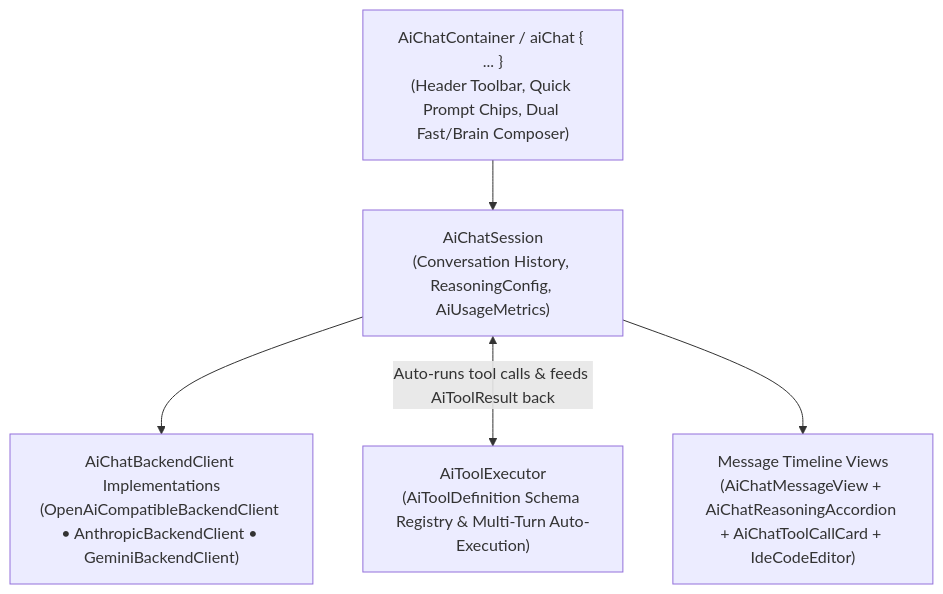
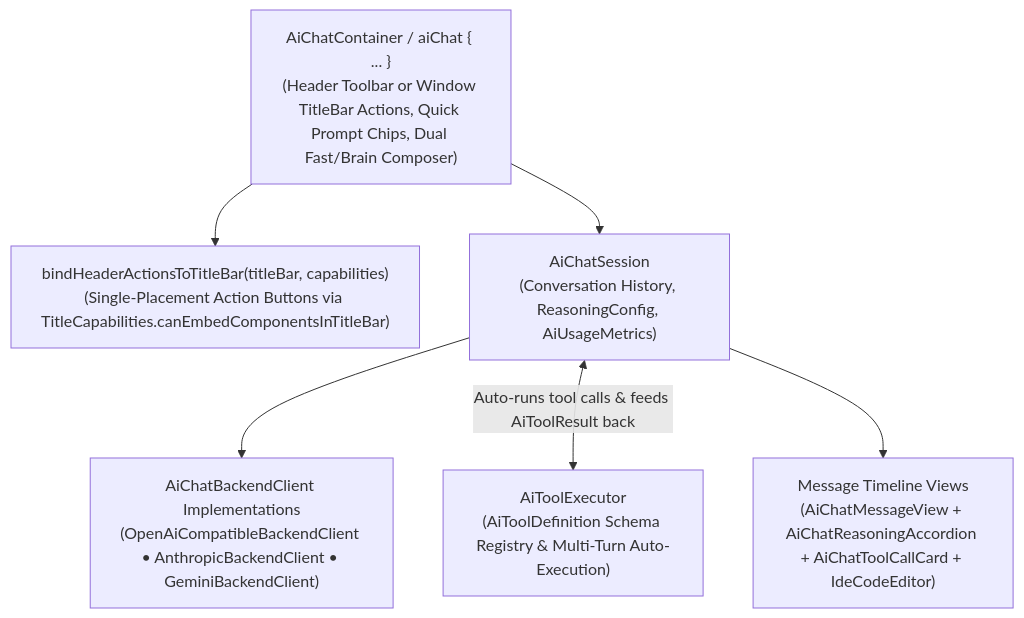
Before and after one commit to GenericUI/Extensions: the diagram in docs/aichat.md, drawn with Mermaid. The commit also changed other lines of this file and 316 other files, not shown here.

````diff
--- a/docs/aichat.md
+++ b/docs/aichat.md
@@ -11,13 +11,15 @@
 ```mermaid
 flowchart TD
-    Container["AiChatContainer / aiChat { ... }<br/>(Header Toolbar, Quick Prompt Chips, Dual Fast/Brain Composer)"]
+    Container["AiChatContainer / aiChat { ... }<br/>(Header Toolbar or Window TitleBar Actions, Quick Prompt Chips, Dual Fast/Brain Composer)"]
+    TitleBarBind["bindHeaderActionsToTitleBar(titleBar, capabilities)<br/>(Single-Placement Action Buttons via TitleCapabilities.canEmbedComponentsInTitleBar)"]
     Session["AiChatSession<br/>(Conversation History, ReasoningConfig, AiUsageMetrics)"]
     Clients["AiChatBackendClient Implementations<br/>(OpenAiCompatibleBackendClient • AnthropicBackendClient • GeminiBackendClient)"]
     ToolExec["AiToolExecutor<br/>(AiToolDefinition Schema Registry & Multi-Turn Auto-Execution)"]
     Views["Message Timeline Views<br/>(AiChatMessageView + AiChatReasoningAccordion + AiChatToolCallCard + IdeCodeEditor)"]
 
+    Container --> TitleBarBind
     Container --> Session
     Session --> Clients
     Session <-->|Auto-runs tool calls & feeds AiToolResult back| ToolExec
     Session --> Views
 ```
````
